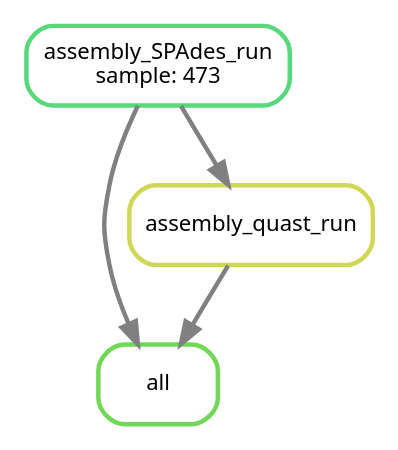
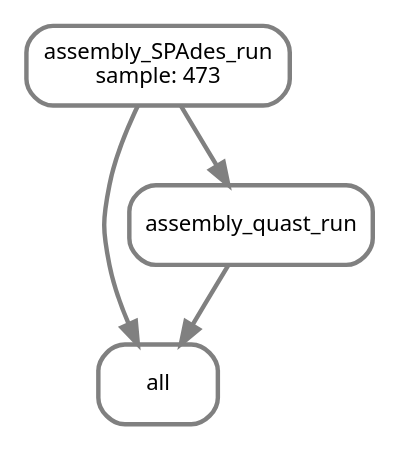
The diagram in images/assembly_dag.dot (vdblab/vdblab-shotgun), drawn with Graphviz before and after one commit. The commit also changed 17 other files, not shown here.

```diff
--- a/images/assembly_dag.dot
+++ b/images/assembly_dag.dot
@@ -1,11 +1,11 @@
 digraph snakemake_dag {
     graph[bgcolor=white, margin=0];
     node[shape=box, style=rounded, fontname=sans,                 fontsize=10, penwidth=2];
     edge[penwidth=2, color=grey];
-	0[label = "all", color = "0.30 0.6 0.85", style="rounded"];
-	1[label = "assembly_SPAdes_run\nsample: 473", color = "0.38 0.6 0.85", style="rounded"];
-	2[label = "assembly_quast_run", color = "0.18 0.6 0.85", style="rounded"];
+	0[label = "all", color = "grey", style="rounded"];
+	1[label = "assembly_SPAdes_run\nsample: 473", color = "grey", style="rounded"];
+	2[label = "assembly_quast_run", color = "grey", style="rounded"];
 	1 -> 0
 	2 -> 0
 	1 -> 2
 }            
```
